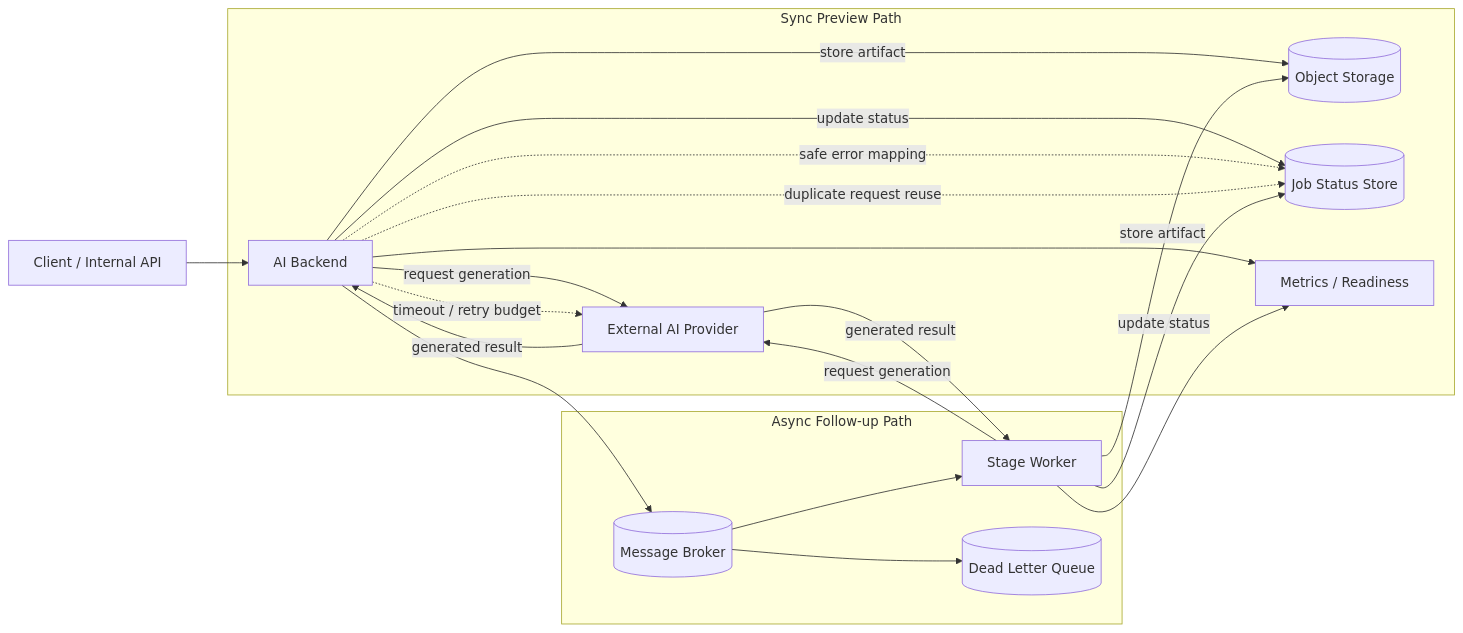
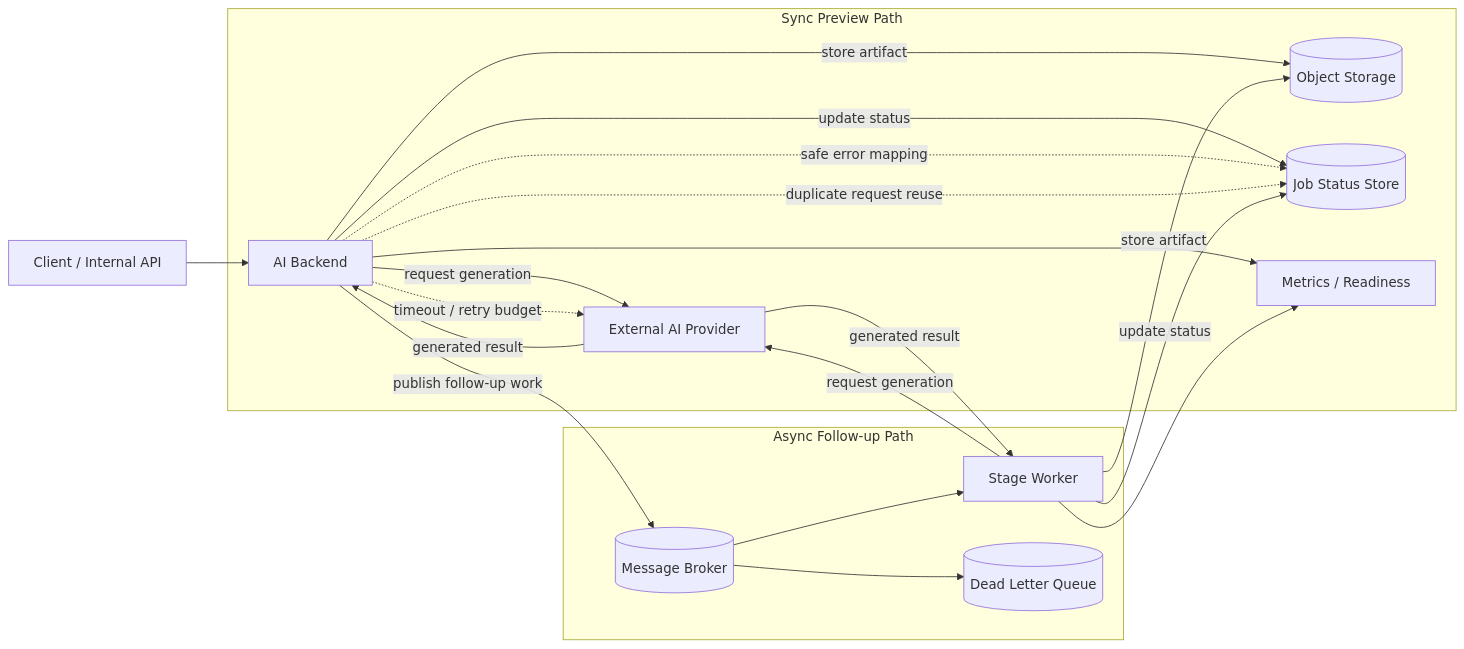
The diagram in projects/external-ai-model-call-backend-stabilization.md (bang9ming9/bang9ming9), drawn with Mermaid before and after one commit. The commit also changed other lines of this file, not shown here.

Commit message:
clarify ai backend doc raw flow

````diff
--- a/projects/external-ai-model-call-backend-stabilization.md
+++ b/projects/external-ai-model-call-backend-stabilization.md
@@ -100,27 +100,27 @@
 ```mermaid
 flowchart LR
     Client[Client / Internal API] --> API[AI Backend]
 
     subgraph Sync[Sync Preview Path]
         API -->|request generation| Provider[External AI Provider]
         Provider -->|generated result| API
         API -->|store artifact| Storage[(Object Storage)]
         API -->|update status| Status[(Job Status Store)]
         API --> Obs[Metrics / Readiness]
         API -. timeout / retry budget .-> Provider
         API -. safe error mapping .-> Status
         API -. duplicate request reuse .-> Status
     end
 
     subgraph Async[Async Follow-up Path]
         Broker[(Message Broker)] --> Worker[Stage Worker]
         Worker -->|request generation| Provider[External AI Provider]
         Provider -->|generated result| Worker
         Worker -->|store artifact| Storage
         Worker -->|update status| Status
         Worker --> Obs[Metrics / Readiness]
         Broker --> DLQ[(Dead Letter Queue)]
     end
 
-    API --> Broker
+    API -->|publish follow-up work| Broker
 ```
````
